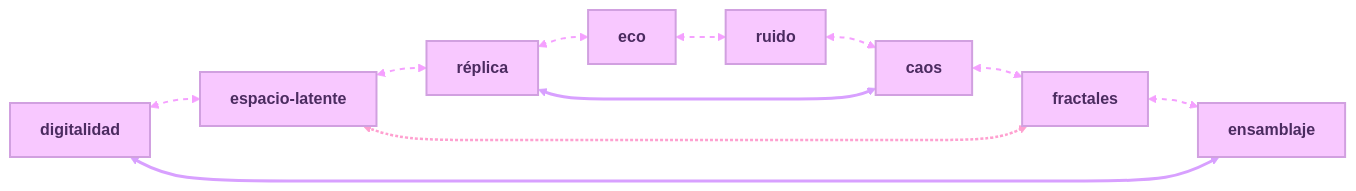
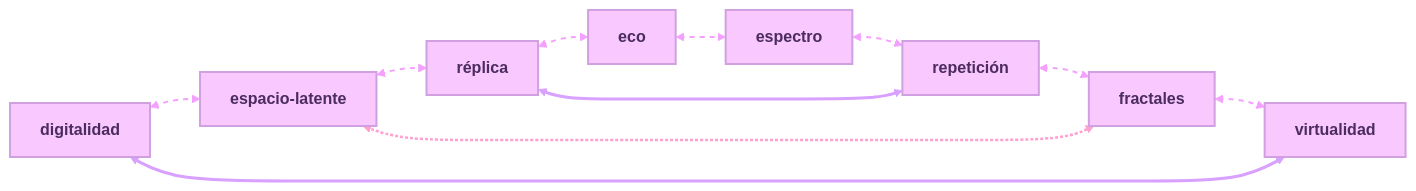
Before and after one commit to CryoXen/CryoXen: the diagram in README.md, drawn with Mermaid (neutral theme).

````diff
--- a/README.md
+++ b/README.md
@@ -6,21 +6,21 @@
 ```mermaid
 flowchart LR
   A[digitalidad]:::n <--> B[espacio-latente]:::n
   B <--> C[réplica]:::n
   C <--> D[eco]:::n
-  D <--> E[ruido]:::n
-  E <--> F[caos]:::n
+  D <--> E[espectro]:::n
+  E <--> F[repetición]:::n
   F <--> G[fractales]:::n
-  G <--> H[ensamblaje]:::n
+  G <--> H[virtualidad]:::n
   H <--> A
   C <--> F
   B <--> G
 
   %% Estilos 
   classDef n fill:#f8c8ff,stroke:#d1a0e0,stroke-width:2px,color:#4b2b60,font-weight:bold;
 
   %% Animaciones simuladas mediante estilos alternos y flechas punteadas
   linkStyle 0,1,2,3,4,5,6 stroke:#f5a0ff,stroke-width:2px,stroke-dasharray:5 5;
   linkStyle 7,8 stroke:#d8a0ff,stroke-width:3px;
   linkStyle 9 stroke:#ffa0d0,stroke-width:2.5px,stroke-dasharray:3 2;
 ```
````
